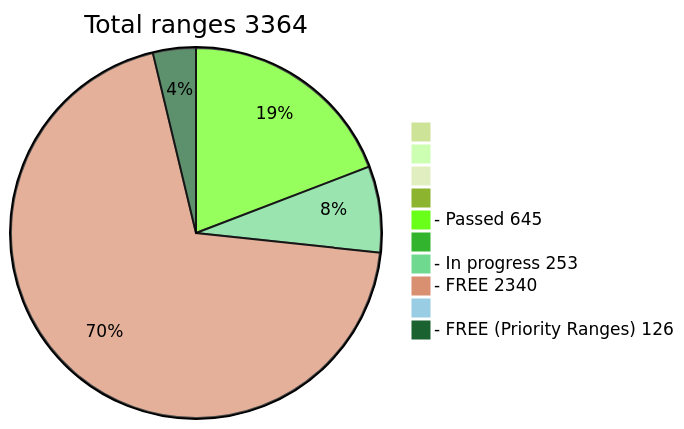
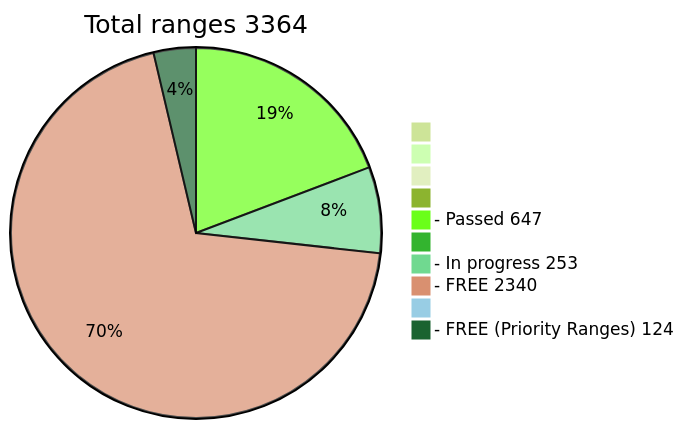
The diagram in README.md (phrutis/wif500), drawn with Mermaid (forest theme) before and after one commit.

````diff
--- a/README.md
+++ b/README.md
@@ -16,13 +16,13 @@
 ```mermaid
 pie title Total ranges 3364
              " " : 0
             "  " : 0
            "   " : 0
           "    " : 0
-  "- Passed 645" : 645
+  "- Passed 647" : 647
          "     " : 0
   "- In progress 253" : 253
    "- FREE 2340" : 2340
         "      " : 0
-  "- FREE (Priority Ranges) 126" : 126
+  "- FREE (Priority Ranges) 124" : 124
 ```
````
